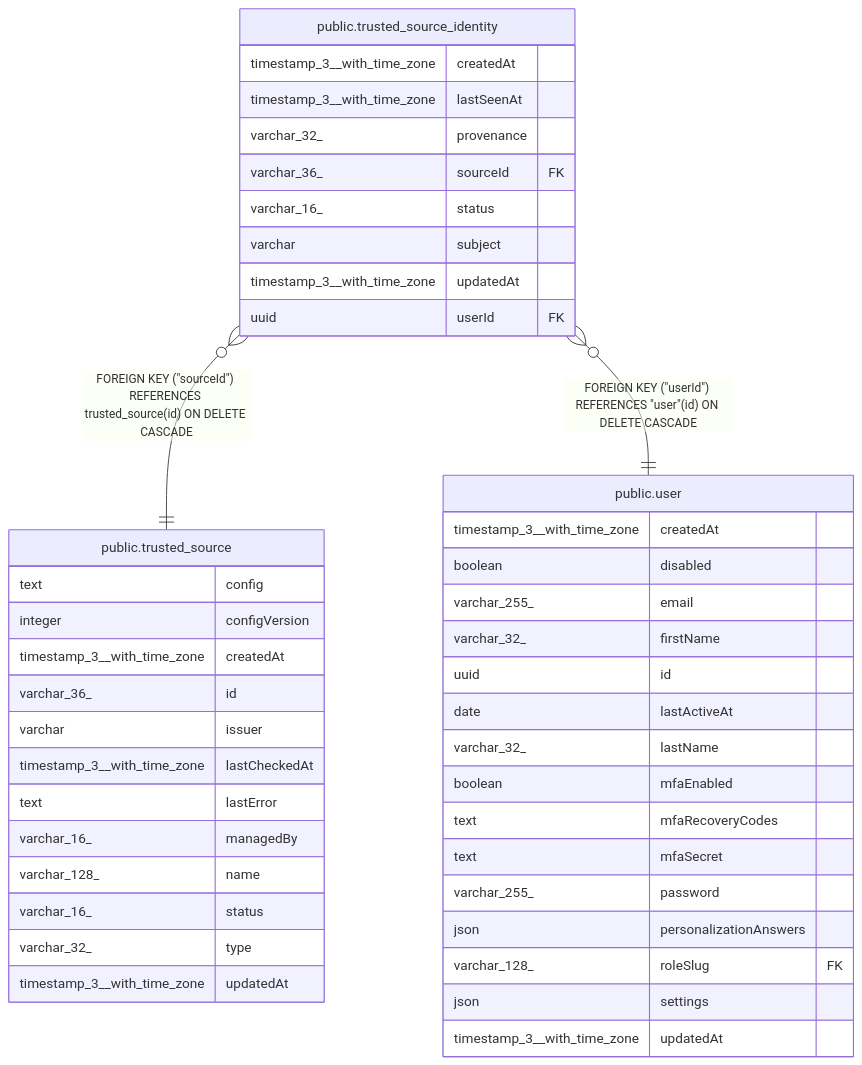
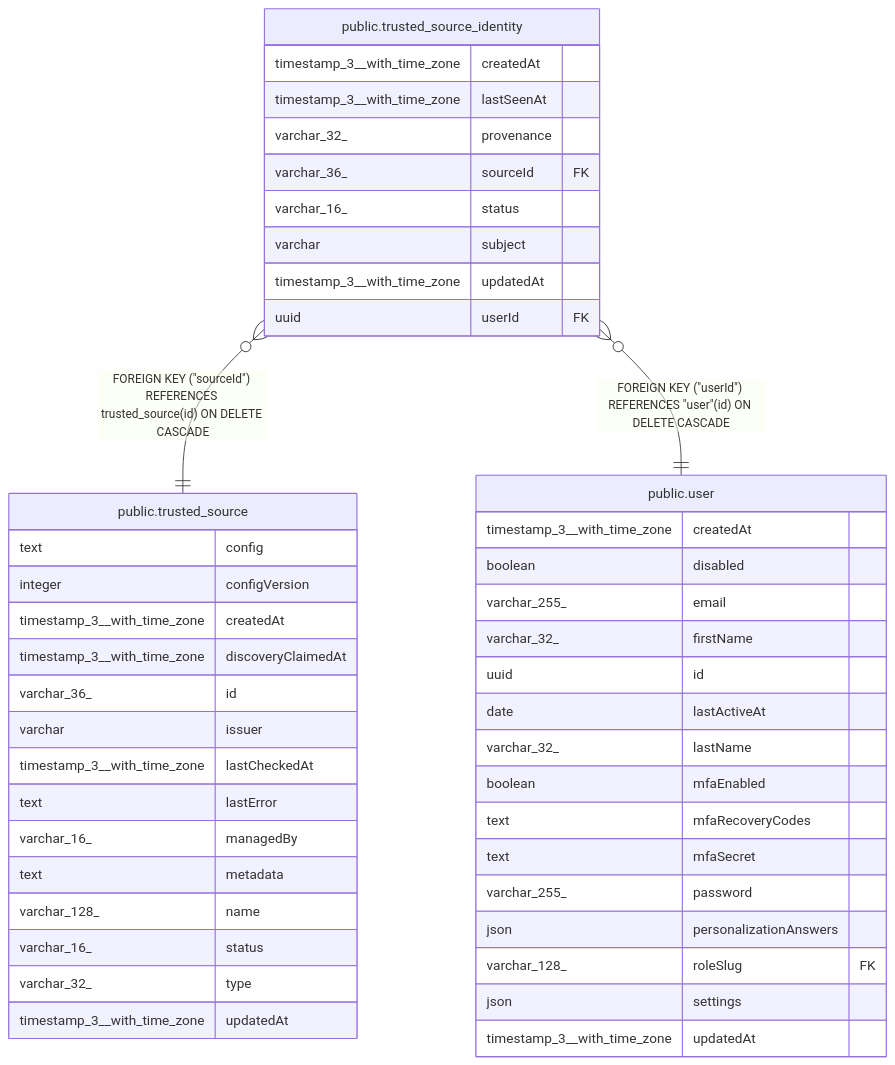
Before and after one commit to almokhtarbr/n8n: the diagram in docs/generated/postgres-schema/public.trusted_source_identity.md, drawn with Mermaid. The commit also changed 18 other files, not shown here.

````diff
--- a/docs/generated/postgres-schema/public.trusted_source_identity.md
+++ b/docs/generated/postgres-schema/public.trusted_source_identity.md
@@ -40,48 +40,50 @@
 ```mermaid
 erDiagram
 
 "public.trusted_source_identity" }o--|| "public.trusted_source" : "FOREIGN KEY (#quot;sourceId#quot;) REFERENCES trusted_source(id) ON DELETE CASCADE"
 "public.trusted_source_identity" }o--|| "public.user" : "FOREIGN KEY (#quot;userId#quot;) REFERENCES #quot;user#quot;(id) ON DELETE CASCADE"
 
 "public.trusted_source_identity" {
   timestamp_3__with_time_zone createdAt
   timestamp_3__with_time_zone lastSeenAt
   varchar_32_ provenance
   varchar_36_ sourceId FK
   varchar_16_ status
   varchar subject
   timestamp_3__with_time_zone updatedAt
   uuid userId FK
 }
 "public.trusted_source" {
   text config
   integer configVersion
   timestamp_3__with_time_zone createdAt
+  timestamp_3__with_time_zone discoveryClaimedAt
   varchar_36_ id
   varchar issuer
   timestamp_3__with_time_zone lastCheckedAt
   text lastError
   varchar_16_ managedBy
+  text metadata
   varchar_128_ name
   varchar_16_ status
   varchar_32_ type
   timestamp_3__with_time_zone updatedAt
 }
 "public.user" {
   timestamp_3__with_time_zone createdAt
   boolean disabled
   varchar_255_ email
   varchar_32_ firstName
   uuid id
   date lastActiveAt
   varchar_32_ lastName
   boolean mfaEnabled
   text mfaRecoveryCodes
   text mfaSecret
   varchar_255_ password
   json personalizationAnswers
   varchar_128_ roleSlug FK
   json settings
   timestamp_3__with_time_zone updatedAt
 }
 ```
````
